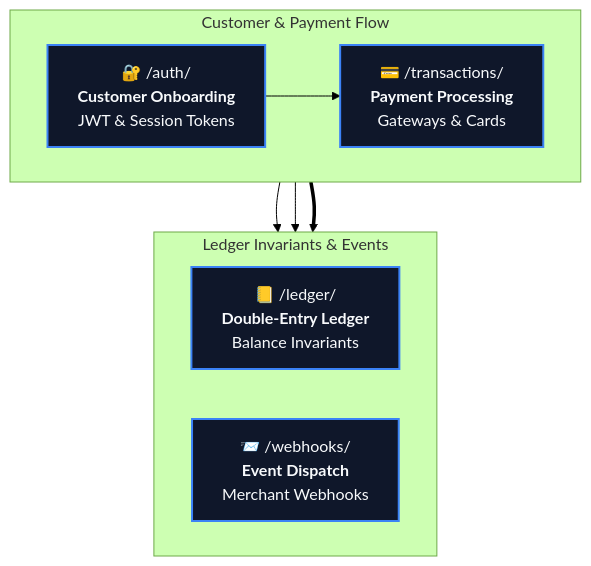
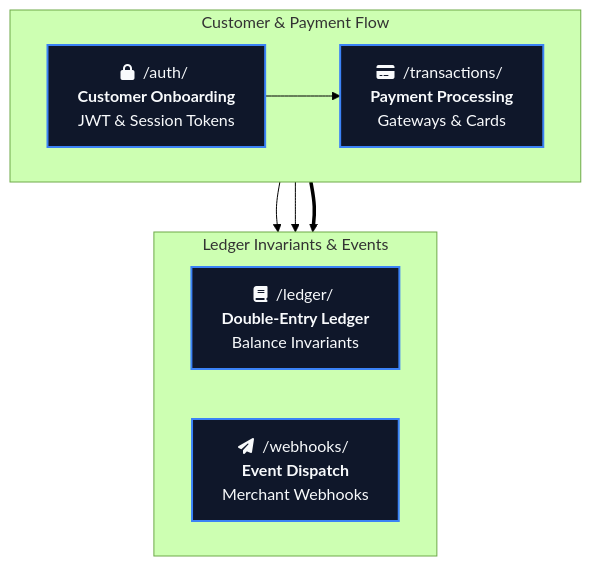
Before and after one commit to Dustu103/system-design: the eighth of 9 diagrams in 01-filestructure/articles/01-your-folder-structure-is-a-message.md, drawn with Mermaid (forest theme). The commit also changed other lines of this file and 1 other file, not shown here.

````diff
--- a/01-filestructure/articles/01-your-folder-structure-is-a-message.md
+++ b/01-filestructure/articles/01-your-folder-structure-is-a-message.md
@@ -236,22 +236,22 @@
 ```mermaid
 flowchart TD
     subgraph INTAKE["Customer & Payment Flow"]
         direction LR
-        AUTH["🔐 /auth/<br/><b>Customer Onboarding</b><br/>JWT & Session Tokens"]
-        TXN["💳 /transactions/<br/><b>Payment Processing</b><br/>Gateways & Cards"]
+        AUTH["fa:fa-lock &nbsp;/auth/&nbsp;<br/><b>Customer Onboarding</b><br/>JWT & Session Tokens"]
+        TXN["fa:fa-credit-card &nbsp;/transactions/&nbsp;<br/><b>Payment Processing</b><br/>Gateways & Cards"]
         AUTH --> TXN
     end
 
     subgraph CORE["Ledger Invariants & Events"]
         direction LR
-        LEDGER["📒 /ledger/<br/><b>Double-Entry Ledger</b><br/>Balance Invariants"]
-        HOOKS["📨 /webhooks/<br/><b>Event Dispatch</b><br/>Merchant Webhooks"]
+        LEDGER["fa:fa-book &nbsp;/ledger/&nbsp;<br/><b>Double-Entry Ledger</b><br/>Balance Invariants"]
+        HOOKS["fa:fa-paper-plane &nbsp;/webhooks/&nbsp;<br/><b>Event Dispatch</b><br/>Merchant Webhooks"]
     end
 
     INTAKE ==> CORE
     TXN --> LEDGER
     TXN --> HOOKS
 
     classDef ft fill:#0f172a,stroke:#3b82f6,stroke-width:2px,color:#f8fafc;
     class AUTH,LEDGER,TXN,HOOKS ft;
 ```
````
